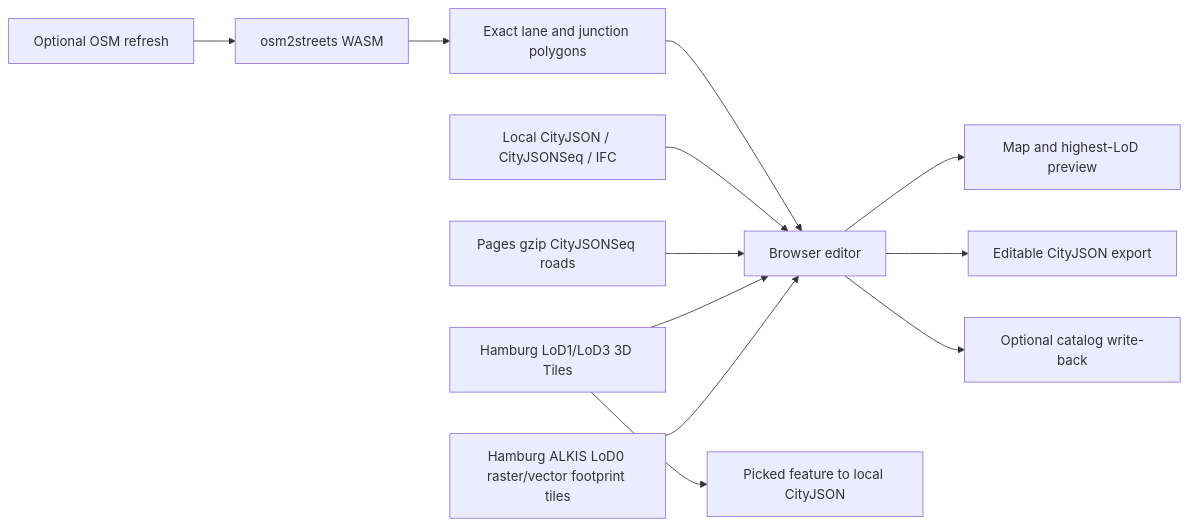
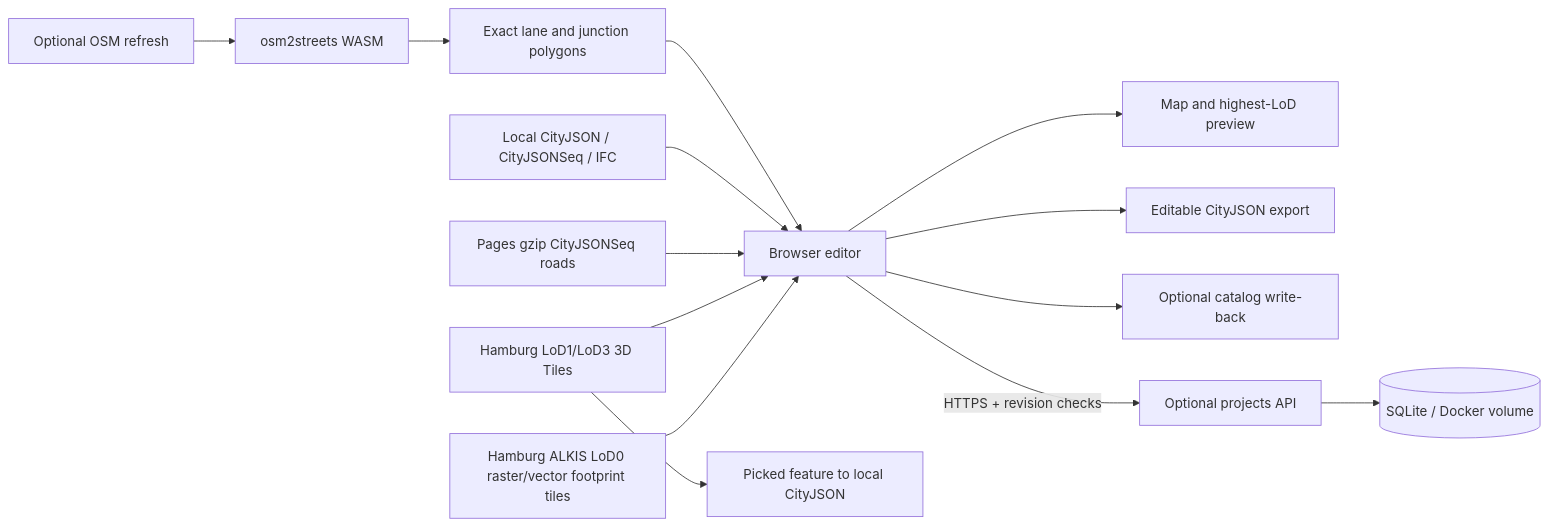
One commit to cakirmert/webcityeditor changed the diagram in PROJECT.md. Above: the diagram before and after it, drawn with Mermaid. The commit also changed other lines of this file and 28 other files, not shown here.

````diff
--- a/PROJECT.md
+++ b/PROJECT.md
@@ -16,14 +16,16 @@
 ```mermaid
 flowchart LR
   F["Hamburg ALKIS LoD0 raster/vector footprint tiles"] --> B["Browser editor"]
   H["Hamburg LoD1/LoD3 3D Tiles"] --> B
   H --> C["Picked feature to local CityJSON"]
   R["Pages gzip CityJSONSeq roads"] --> B
   A["Local CityJSON / CityJSONSeq / IFC"] --> B
   O["Optional OSM refresh"] --> S["osm2streets WASM"]
   S --> P["Exact lane and junction polygons"]
   P --> B
   B --> V["Map and highest-LoD preview"]
   B --> E["Editable CityJSON export"]
   B --> W["Optional catalog write-back"]
+  B -->|"HTTPS + revision checks"| SVC["Optional projects API"]
+  SVC --> DB[("SQLite / Docker volume")]
 ```
````
